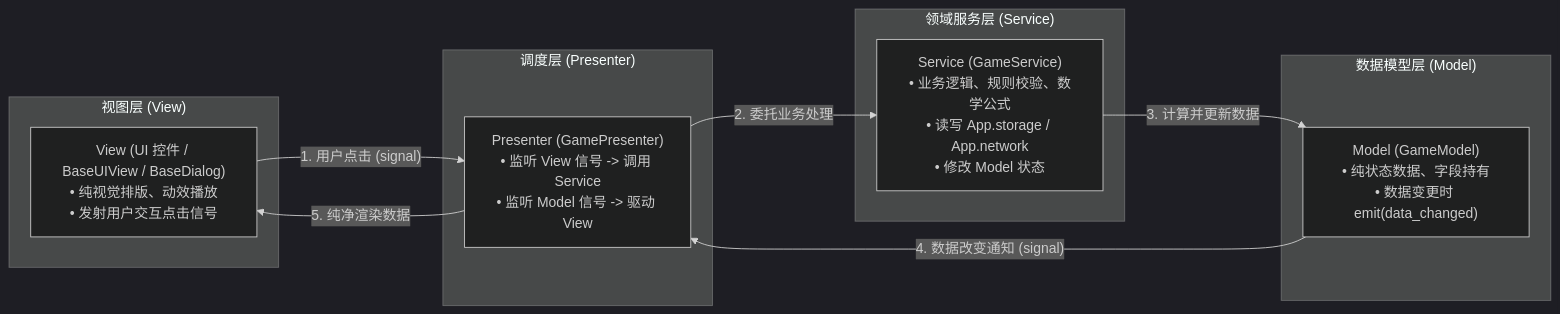
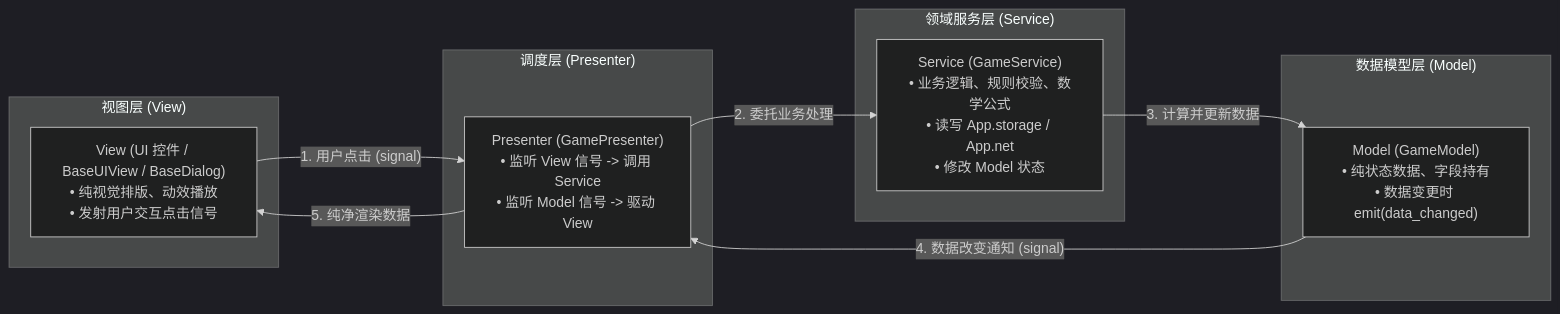
The diagram in src/game/_doc_game.md (krace-tx/slacker-survivors), drawn with Mermaid (dark theme) before and after one commit. The commit also changed other lines of this file and 98 other files, not shown here.

````diff
--- a/src/game/_doc_game.md
+++ b/src/game/_doc_game.md
@@ -60,24 +60,24 @@
 ```mermaid
 flowchart LR
     subgraph UI_Layer ["视图层 (View)"]
         View["View (UI 控件 / BaseUIView / BaseDialog)<br>• 纯视觉排版、动效播放<br>• 发射用户交互点击信号"]
     end
 
     subgraph Mediator_Layer ["调度层 (Presenter)"]
         Presenter["Presenter (GamePresenter)<br>• 监听 View 信号 -> 调用 Service<br>• 监听 Model 信号 -> 驱动 View"]
     end
 
     subgraph Domain_Layer ["领域服务层 (Service)"]
-        Service["Service (GameService)<br>• 业务逻辑、规则校验、数学公式<br>• 读写 App.storage / App.network<br>• 修改 Model 状态"]
+        Service["Service (GameService)<br>• 业务逻辑、规则校验、数学公式<br>• 读写 App.storage / App.net<br>• 修改 Model 状态"]
     end
 
     subgraph Data_Layer ["数据模型层 (Model)"]
         Model["Model (GameModel)<br>• 纯状态数据、字段持有<br>• 数据变更时 emit(data_changed)"]
     end
 
     View --"1. 用户点击 (signal)"--> Presenter
     Presenter --"2. 委托业务处理"--> Service
     Service --"3. 计算并更新数据"--> Model
     Model --"4. 数据改变通知 (signal)"--> Presenter
     Presenter --"5. 纯净渲染数据"--> View
 ```
````
